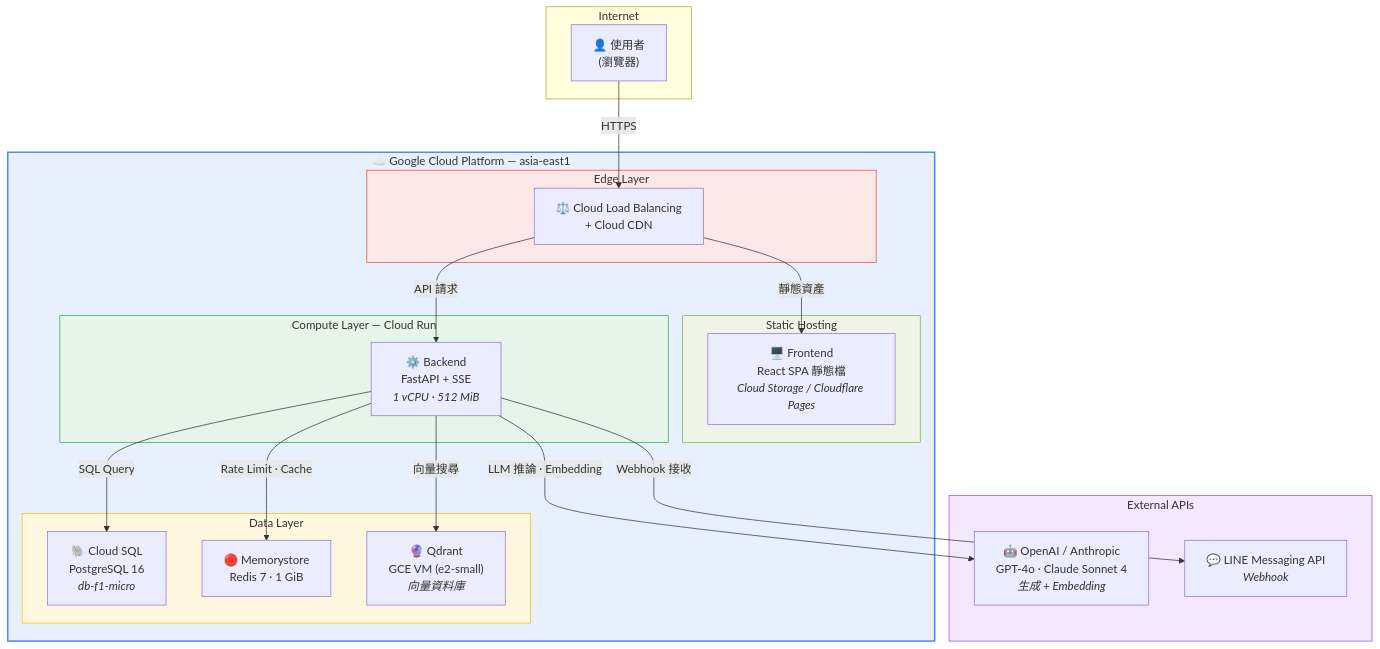
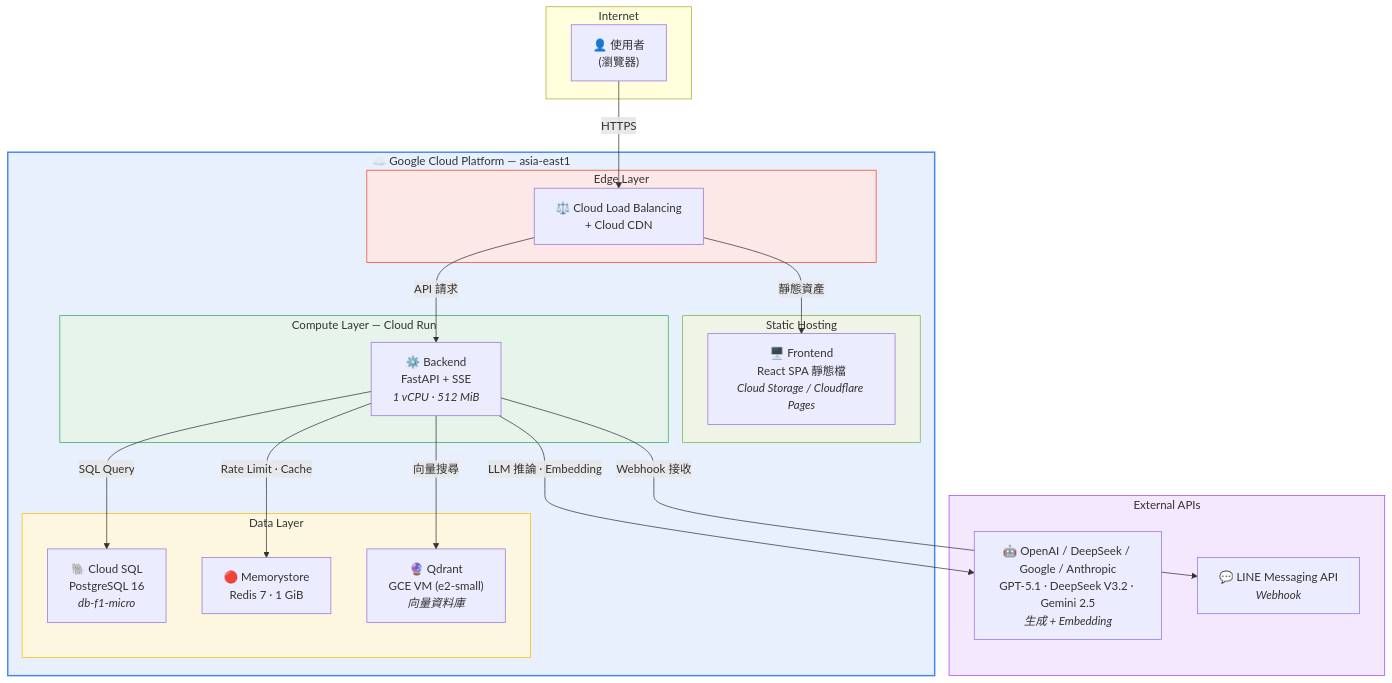
One commit to larry610881/agentic-rag-customer-service changed the first of 7 diagrams in docs/demo-cost-estimation.md. Above: the diagram before and after it, drawn with Mermaid. The commit also changed other lines of this file and 23 other files, not shown here.

````diff
--- a/docs/demo-cost-estimation.md
+++ b/docs/demo-cost-estimation.md
@@ -38,47 +42,47 @@
 ```mermaid
 graph TB
     subgraph Internet
         User["👤 使用者<br/>(瀏覽器)"]
     end
 
     subgraph GCP["☁️ Google Cloud Platform — asia-east1"]
         subgraph Edge["Edge Layer"]
             LB["⚖️ Cloud Load Balancing<br/>+ Cloud CDN"]
         end
 
         subgraph Static["Static Hosting"]
             FE["🖥️ Frontend<br/>React SPA 靜態檔<br/><i>Cloud Storage / Cloudflare Pages</i>"]
         end
 
         subgraph Compute["Compute Layer — Cloud Run"]
             BE["⚙️ Backend<br/>FastAPI + SSE<br/><i>1 vCPU · 512 MiB</i>"]
         end
 
         subgraph Data["Data Layer"]
             PG["🐘 Cloud SQL<br/>PostgreSQL 16<br/><i>db-f1-micro</i>"]
             Redis["🔴 Memorystore<br/>Redis 7 · 1 GiB"]
             QD["🔮 Qdrant<br/>GCE VM (e2-small)<br/><i>向量資料庫</i>"]
         end
     end
 
     subgraph External["External APIs"]
-        LLM["🤖 OpenAI / Anthropic<br/>GPT-4o · Claude Sonnet 4<br/><i>生成 + Embedding</i>"]
+        LLM["🤖 OpenAI / DeepSeek / Google / Anthropic<br/>GPT-5.1 · DeepSeek V3.2 · Gemini 2.5<br/><i>生成 + Embedding</i>"]
         LINE["💬 LINE Messaging API<br/><i>Webhook</i>"]
     end
 
     User -->|HTTPS| LB
     LB -->|靜態資產| FE
     LB -->|API 請求| BE
     BE -->|SQL Query| PG
     BE -->|Rate Limit · Cache| Redis
     BE -->|向量搜尋| QD
     BE -->|LLM 推論 · Embedding| LLM
     BE -->|Webhook 接收| LINE
 
     style GCP fill:#e8f0fe,stroke:#4285f4,stroke-width:2px
     style Edge fill:#fce8e6,stroke:#ea4335
     style Static fill:#f0f4e6,stroke:#7cb342
     style Compute fill:#e6f4ea,stroke:#34a853
     style Data fill:#fef7e0,stroke:#fbbc04
     style External fill:#f3e8fd,stroke:#a142f4
 ```
````
